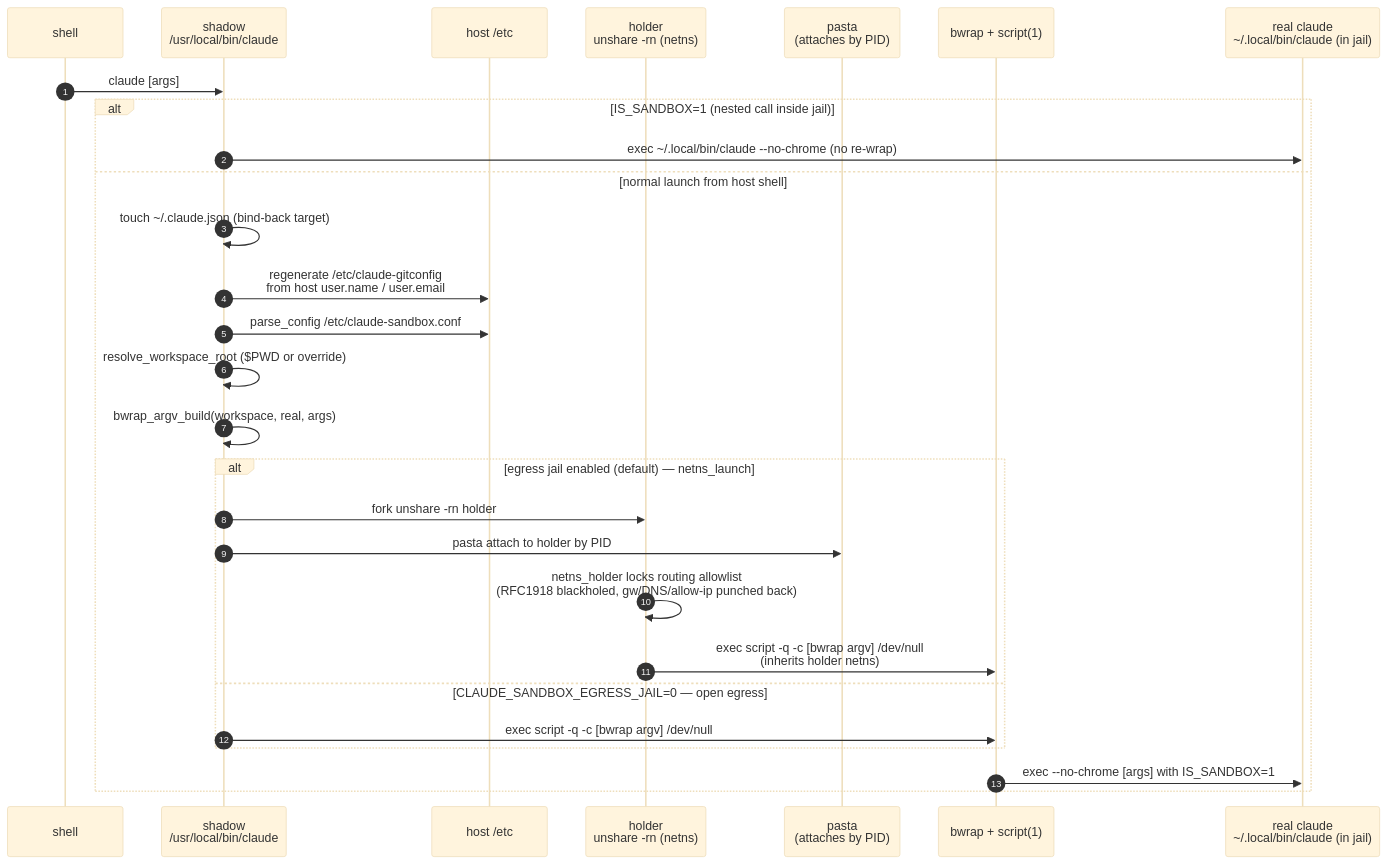
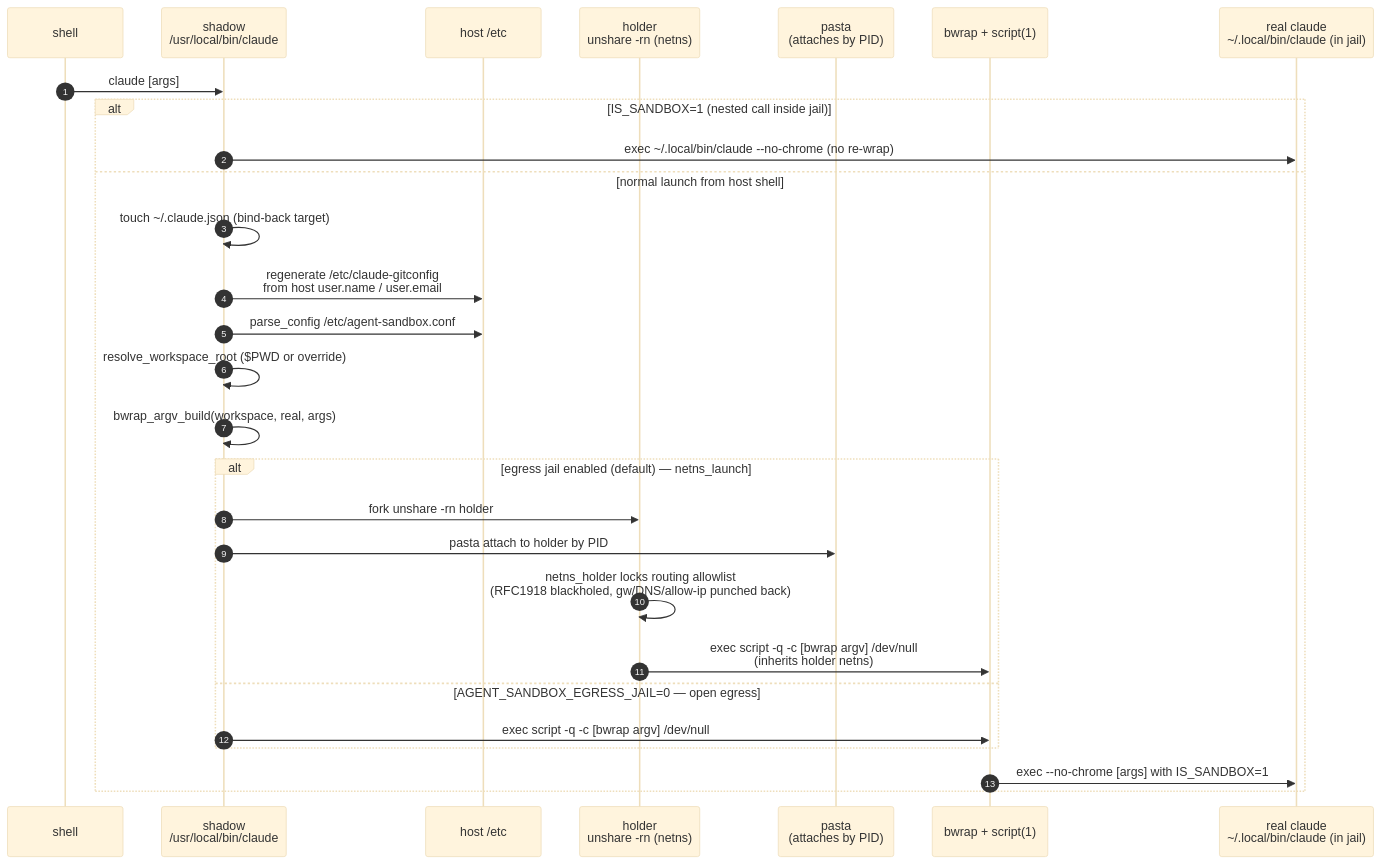
Before and after one commit to DiamondLightSource/claude-sandbox: the second of 5 diagrams in docs/explanations/architecture.md, drawn with Mermaid (base theme). The commit also changed other lines of this file and 85 other files, not shown here.

````diff
--- a/docs/explanations/architecture.md
+++ b/docs/explanations/architecture.md
@@ -125,31 +129,31 @@
 ```{mermaid}
 sequenceDiagram
     autonumber
     participant U as shell
     participant S as shadow<br/>/usr/local/bin/claude
     participant FS as host /etc
     participant H as holder<br/>unshare -rn (netns)
     participant P as pasta<br/>(attaches by PID)
     participant B as bwrap + script(1)
     participant R as real claude<br/>~/.local/bin/claude (in jail)
 
     U->>S: claude [args]
     alt IS_SANDBOX=1 (nested call inside jail)
         S->>R: exec ~/.local/bin/claude --no-chrome (no re-wrap)
     else normal launch from host shell
         S->>S: touch ~/.claude.json (bind-back target)
         S->>FS: regenerate /etc/claude-gitconfig<br/>from host user.name / user.email
-        S->>FS: parse_config /etc/claude-sandbox.conf
+        S->>FS: parse_config /etc/agent-sandbox.conf
         S->>S: resolve_workspace_root ($PWD or override)
         S->>S: bwrap_argv_build(workspace, real, args)
         alt egress jail enabled (default) — netns_launch
             S->>H: fork unshare -rn holder
             S->>P: pasta attach to holder by PID
             H->>H: netns_holder locks routing allowlist<br/>(RFC1918 blackholed, gw/DNS/allow-ip punched back)
             H->>B: exec script -q -c [bwrap argv] /dev/null<br/>(inherits holder netns)
-        else CLAUDE_SANDBOX_EGRESS_JAIL=0 — open egress
+        else AGENT_SANDBOX_EGRESS_JAIL=0 — open egress
             S->>B: exec script -q -c [bwrap argv] /dev/null
         end
         B->>R: exec --no-chrome [args] with IS_SANDBOX=1
     end
 ```
````
